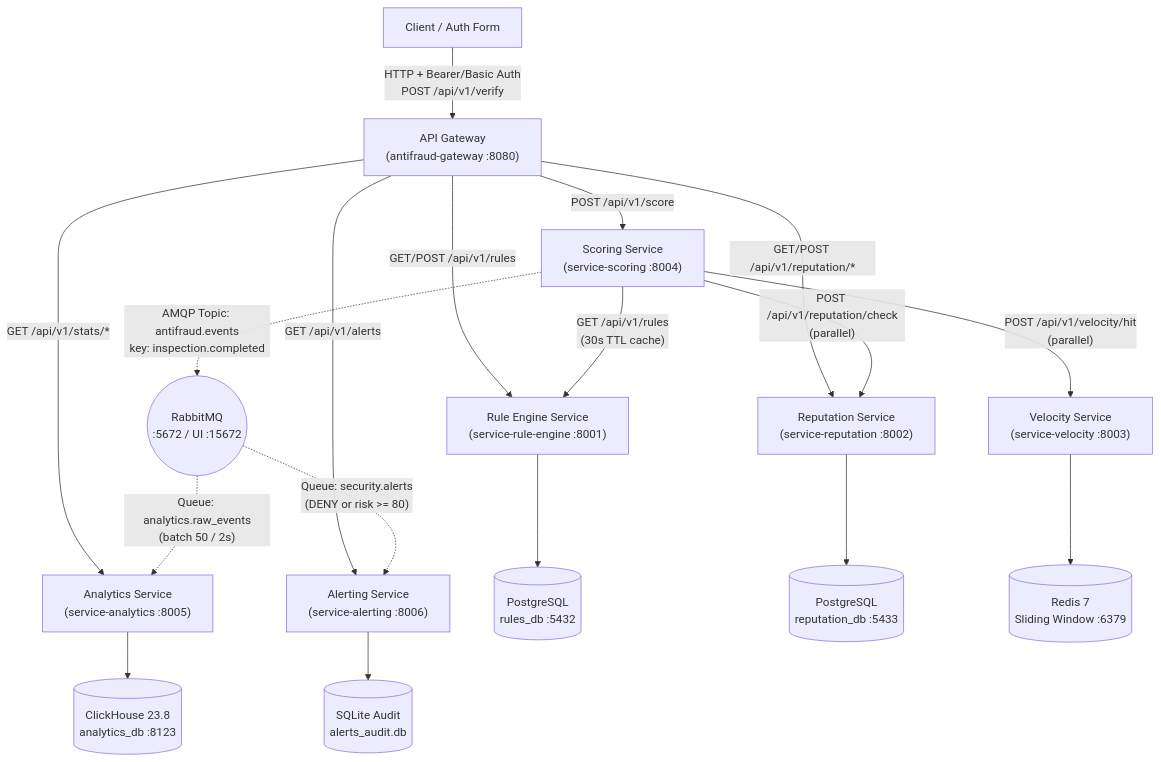
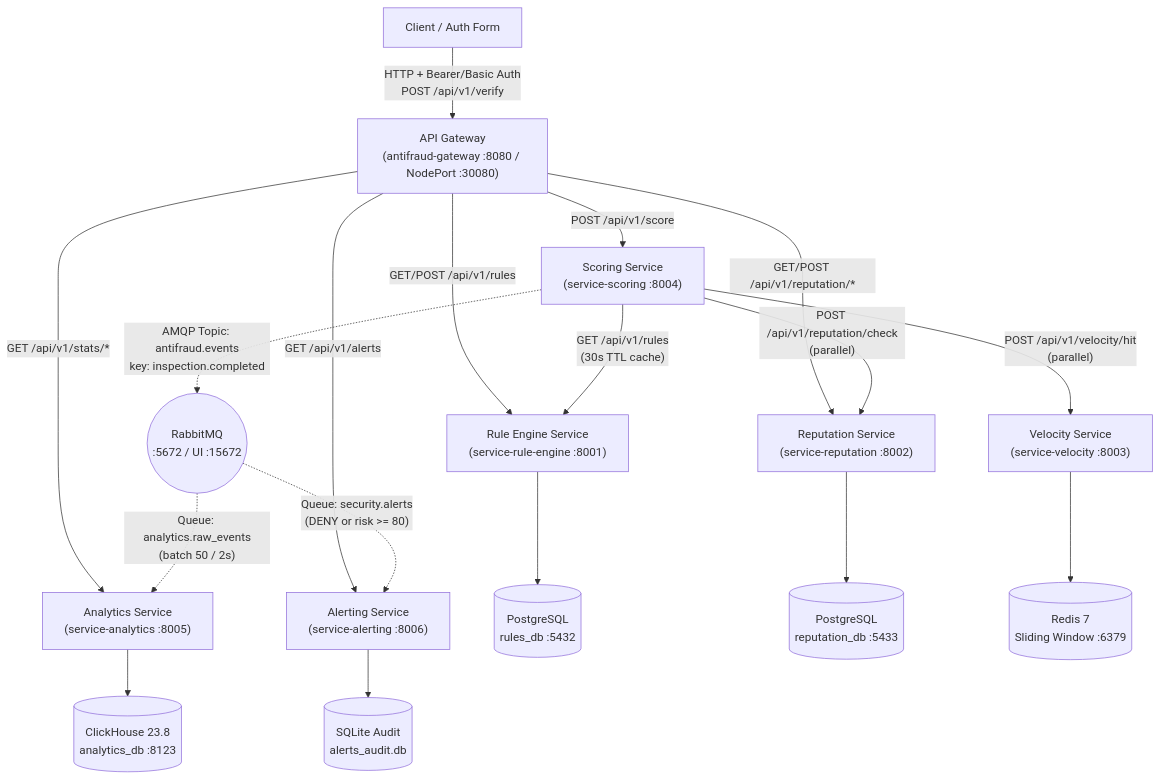
One commit to obrazovan/Demo-a2p-antifraud-sys changed the diagram in README.md. Above: the diagram before and after it, drawn with Mermaid. The commit also changed other lines of this file and 3 other files, not shown here.

````diff
--- a/README.md
+++ b/README.md
@@ -11,25 +18,25 @@
 ```mermaid
 flowchart TD
-    Client["Client / Auth Form"] -->|"HTTP + Bearer/Basic Auth\nPOST /api/v1/verify"| GW["API Gateway\n(antifraud-gateway :8080)"]
+    Client["Client / Auth Form"] -->|"HTTP + Bearer/Basic Auth\nPOST /api/v1/verify"| GW["API Gateway\n(antifraud-gateway :8080 / NodePort :30080)"]
 
     GW -->|"POST /api/v1/score"| SC["Scoring Service\n(service-scoring :8004)"]
     GW -->|"GET/POST /api/v1/rules"| RE["Rule Engine Service\n(service-rule-engine :8001)"]
     GW -->|"GET/POST /api/v1/reputation/*"| REP["Reputation Service\n(service-reputation :8002)"]
     GW -->|"GET /api/v1/stats/*"| AN["Analytics Service\n(service-analytics :8005)"]
     GW -->|"GET /api/v1/alerts"| AL["Alerting Service\n(service-alerting :8006)"]
 
     SC -->|"GET /api/v1/rules\n(30s TTL cache)"| RE
     SC -->|"POST /api/v1/reputation/check\n(parallel)"| REP
     SC -->|"POST /api/v1/velocity/hit\n(parallel)"| VEL["Velocity Service\n(service-velocity :8003)"]
 
     RE --> PG1[("PostgreSQL\nrules_db :5432")]
     REP --> PG2[("PostgreSQL\nreputation_db :5433")]
     VEL --> REDIS[("Redis 7\nSliding Window :6379")]
 
     SC -.->|"AMQP Topic: antifraud.events\nkey: inspection.completed"| RMQ(("RabbitMQ\n:5672 / UI :15672"))
     RMQ -.->|"Queue: analytics.raw_events\n(batch 50 / 2s)"| AN
     RMQ -.->|"Queue: security.alerts\n(DENY or risk >= 80)"| AL
 
     AN --> CH[("ClickHouse 23.8\nanalytics_db :8123")]
     AL --> SQLITE[("SQLite Audit\nalerts_audit.db")]
 ```
````
